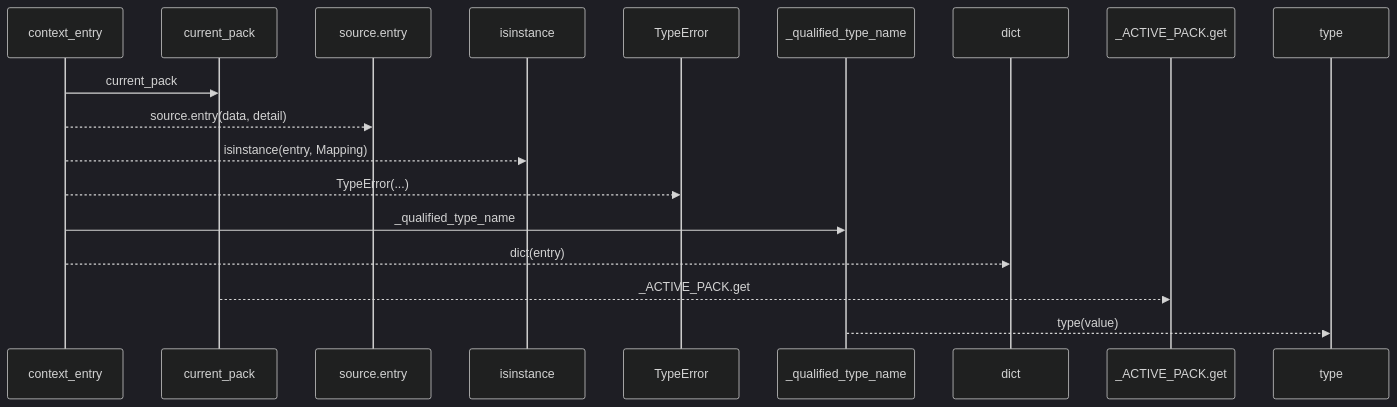
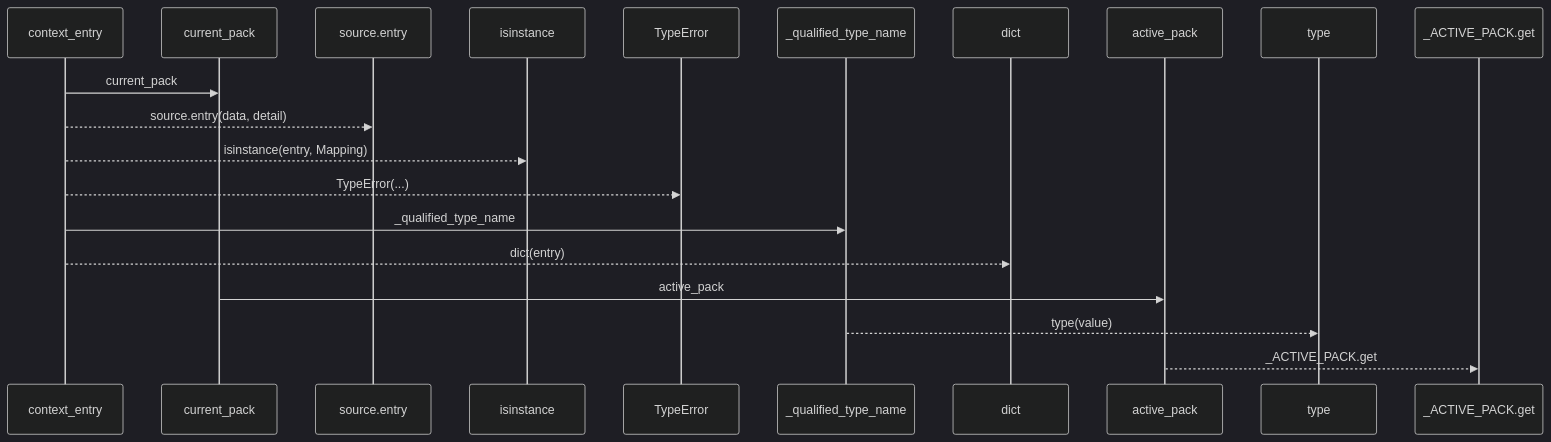
Before and after one commit to Denissvgn/python-wiki-llm: the first of 2 diagrams in docs/llm_wiki/flows/api-context_entry.md, drawn with Mermaid (dark theme). The commit also changed other lines of this file and 719 other files, not shown here.

````diff
--- a/docs/llm_wiki/flows/api-context_entry.md
+++ b/docs/llm_wiki/flows/api-context_entry.md
@@ -12,20 +12,22 @@
 ```mermaid
 sequenceDiagram
     participant p0 as context_entry
     participant p1 as current_pack
     participant p2 as source.entry
     participant p3 as isinstance
     participant p4 as TypeError
     participant p5 as _qualified_type_name
     participant p6 as dict
-    participant p7 as _ACTIVE_PACK.get
+    participant p7 as active_pack
     participant p8 as type
+    participant p9 as _ACTIVE_PACK.get
     p0->>p1: current_pack
     p0-->>p2: source.entry(data, detail)
     p0-->>p3: isinstance(entry, Mapping)
     p0-->>p4: TypeError(...)
     p0->>p5: _qualified_type_name
     p0-->>p6: dict(entry)
-    p1-->>p7: _ACTIVE_PACK.get
+    p1->>p7: active_pack
     p5-->>p8: type(value)
+    p7-->>p9: _ACTIVE_PACK.get
 ```
````
